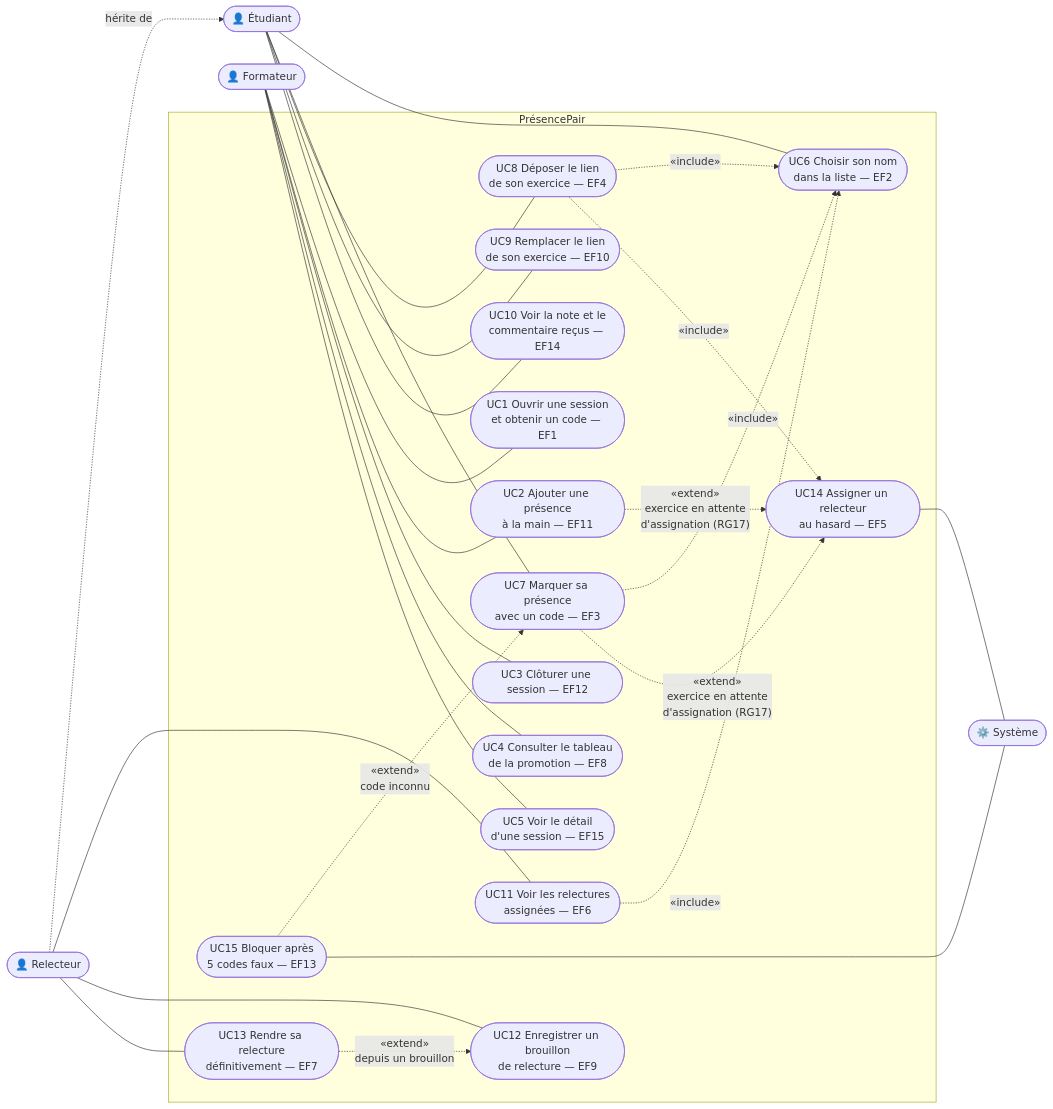
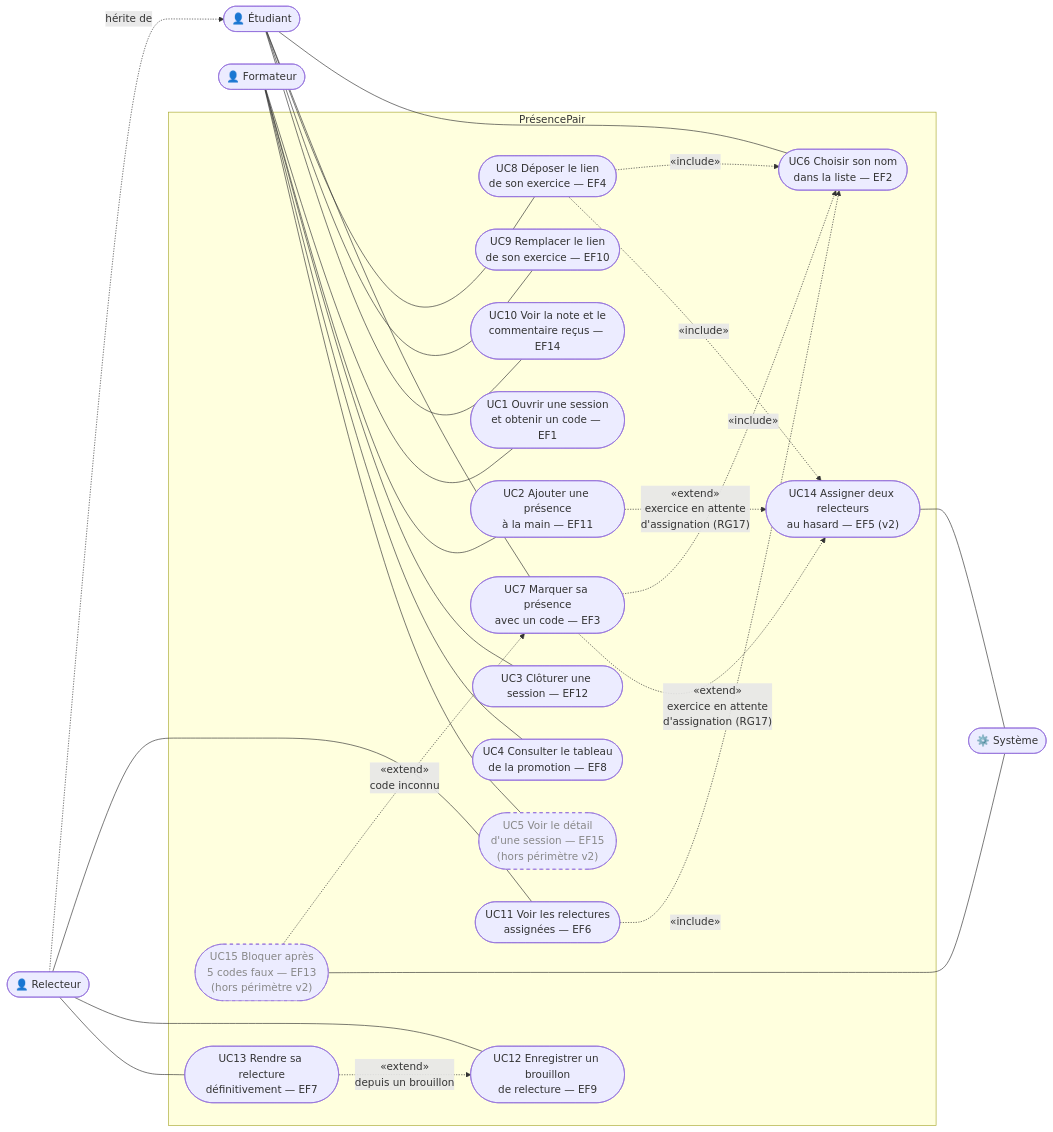
One commit to begoto24/kfokam48-epreuve-KF48-YAO-165 changed the diagram in docs/diagrammes/D1-cas-utilisation.md. Above: the diagram before and after it, drawn with Mermaid. The commit also changed other lines of this file and 3 other files, not shown here.

First line of the commit message:
docs(analyse): mise a jour consecutive au changement de besoin de l'etape 3 (deux relecteurs)

````diff
--- a/docs/diagrammes/D1-cas-utilisation.md
+++ b/docs/diagrammes/D1-cas-utilisation.md
@@ -7,58 +9,61 @@
 ```mermaid
 flowchart LR
     F(["👤 Formateur"])
     E(["👤 Étudiant"])
     R(["👤 Relecteur"])
     S(["⚙️ Système"])
 
     R -.->|"hérite de"| E
 
     subgraph SYS["PrésencePair"]
         UC1(["UC1 Ouvrir une session<br/>et obtenir un code — EF1"])
         UC2(["UC2 Ajouter une présence<br/>à la main — EF11"])
         UC3(["UC3 Clôturer une session — EF12"])
         UC4(["UC4 Consulter le tableau<br/>de la promotion — EF8"])
-        UC5(["UC5 Voir le détail<br/>d'une session — EF15"])
+        UC5(["UC5 Voir le détail<br/>d'une session — EF15<br/>(hors périmètre v2)"])
 
         UC6(["UC6 Choisir son nom<br/>dans la liste — EF2"])
         UC7(["UC7 Marquer sa présence<br/>avec un code — EF3"])
         UC8(["UC8 Déposer le lien<br/>de son exercice — EF4"])
         UC9(["UC9 Remplacer le lien<br/>de son exercice — EF10"])
         UC10(["UC10 Voir la note et le<br/>commentaire reçus — EF14"])
 
         UC11(["UC11 Voir les relectures<br/>assignées — EF6"])
         UC12(["UC12 Enregistrer un brouillon<br/>de relecture — EF9"])
         UC13(["UC13 Rendre sa relecture<br/>définitivement — EF7"])
 
-        UC14(["UC14 Assigner un relecteur<br/>au hasard — EF5"])
-        UC15(["UC15 Bloquer après<br/>5 codes faux — EF13"])
+        UC14(["UC14 Assigner deux relecteurs<br/>au hasard — EF5 (v2)"])
+        UC15(["UC15 Bloquer après<br/>5 codes faux — EF13<br/>(hors périmètre v2)"])
     end
 
     F --- UC1
     F --- UC2
     F --- UC3
     F --- UC4
     F --- UC5
 
     E --- UC6
     E --- UC7
     E --- UC8
     E --- UC9
     E --- UC10
 
     R --- UC11
     R --- UC12
     R --- UC13
 
     UC7 -.->|"«include»"| UC6
     UC8 -.->|"«include»"| UC6
     UC11 -.->|"«include»"| UC6
     UC8 -.->|"«include»"| UC14
     UC15 -.->|"«extend»<br/>code inconnu"| UC7
     UC7 -.->|"«extend»<br/>exercice en attente<br/>d'assignation (RG17)"| UC14
     UC2 -.->|"«extend»<br/>exercice en attente<br/>d'assignation (RG17)"| UC14
     UC13 -.->|"«extend»<br/>depuis un brouillon"| UC12
 
     UC14 --- S
     UC15 --- S
+
+    classDef horsPerimetre stroke-dasharray: 5 5,color:#888
+    class UC5,UC15 horsPerimetre
 ```
````
